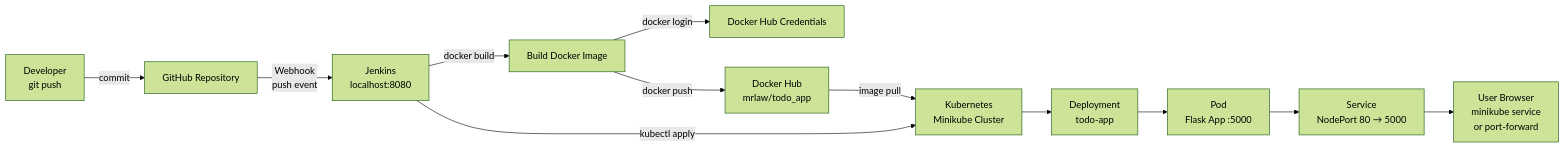
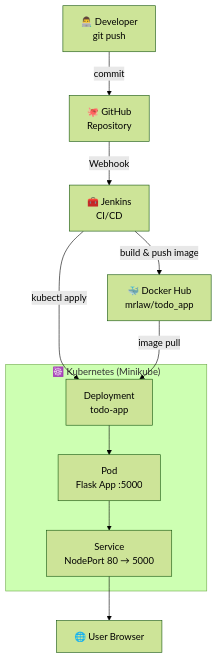
Before and after one commit to mrlaw74/docker-k8s-ci-cd: the first of 2 diagrams in README.md, drawn with Mermaid (forest theme). The commit also changed other lines of this file, not shown here.

Commit message:
update diagram

````diff
--- a/README.md
+++ b/README.md
@@ -37,21 +38,35 @@
 ```mermaid
-flowchart LR
-    Dev[Developer<br/>git push] -->|commit| GitHub[GitHub Repository]
+flowchart TB
+    %% =====================
+    %% Row 1 — CI/CD Control
+    %% =====================
+    Dev[👨‍💻 Developer<br/>git push]
+    GitHub[🐙 GitHub<br/>Repository]
+    Jenkins[🧰 Jenkins<br/>CI/CD]
+    DockerHub[🐳 Docker Hub<br/>mrlaw/todo_app]
 
-    GitHub -->|Webhook<br/>push event| Jenkins[Jenkins<br/>localhost:8080]
+    %% =====================
+    %% Row 2 — Runtime Layer
+    %% =====================
+    subgraph K8s["☸️ Kubernetes (Minikube)"]
+        Deploy[Deployment<br/>todo-app]
+        Pod[Pod<br/>Flask App :5000]
+        Service[Service<br/>NodePort 80 → 5000]
+    end
 
-    Jenkins -->|docker build| DockerBuild[Build Docker Image]
-    DockerBuild -->|docker login| DockerAuth[Docker Hub Credentials]
-    DockerBuild -->|docker push| DockerHub[Docker Hub<br/>mrlaw/todo_app]
+    User[🌐 User Browser]
 
-    Jenkins -->|kubectl apply| K8s[Kubernetes<br/>Minikube Cluster]
+    %% ===== Control flow =====
+    Dev -->|commit| GitHub
+    GitHub -->|Webhook| Jenkins
+    Jenkins -->|build & push image| DockerHub
 
-    DockerHub -->|image pull| K8s
+    %% ===== Deploy flow =====
+    Jenkins -->|kubectl apply| Deploy
+    DockerHub -->|image pull| Deploy
 
-    K8s --> Deployment[Deployment<br/>todo-app]
-    Deployment --> Pod[Pod<br/>Flask App :5000]
-
-    Pod --> Service[Service<br/>NodePort 80 → 5000]
-
-    Service --> User[User Browser<br/>minikube service<br/>or port-forward]
+    %% ===== Runtime traffic =====
+    Deploy --> Pod
+    Pod --> Service
+    Service --> User
 ```
````
